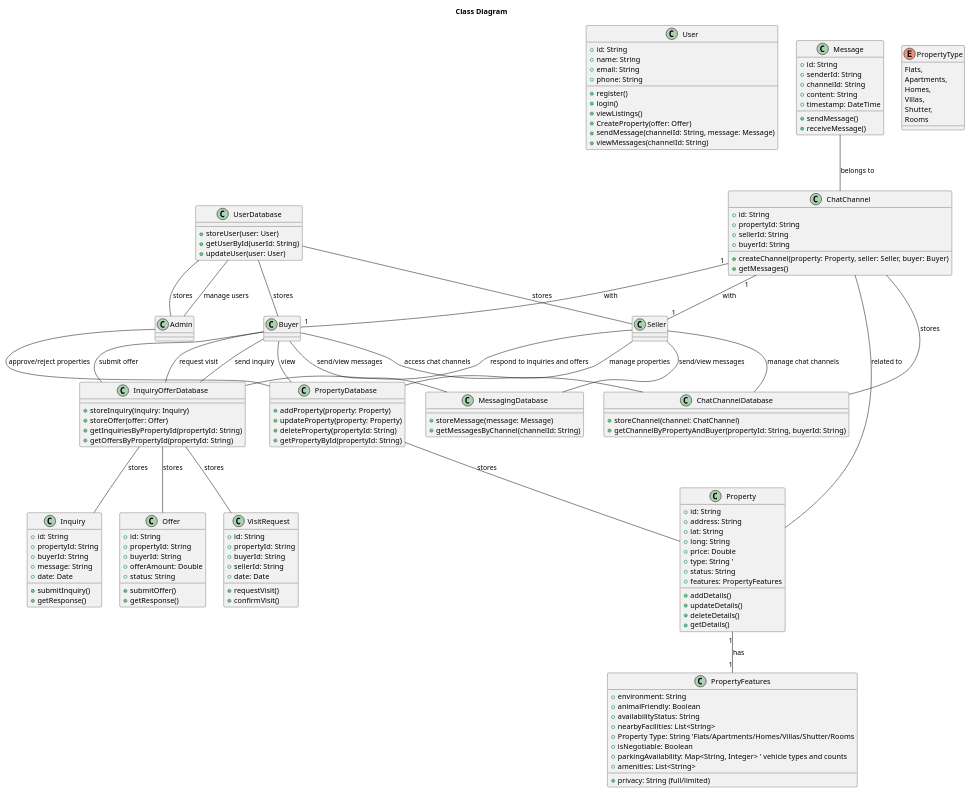
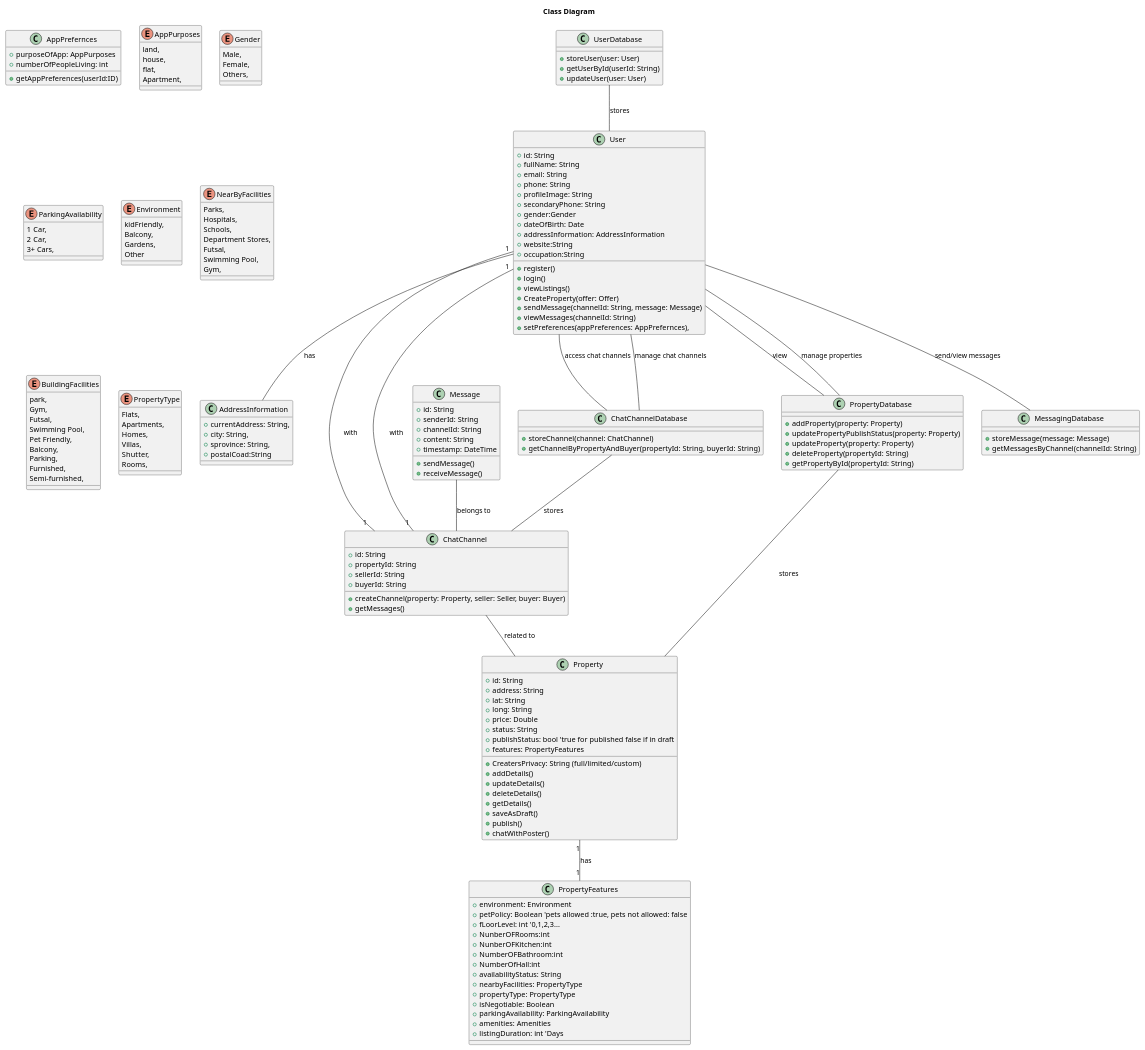
The diagram in Classs/ClassDiagram.puml (shankarkharel/Realestate-elaboration), drawn with PlantUML before and after one commit.

Commit message:
updated classes

```diff
--- a/Classs/ClassDiagram.puml
+++ b/Classs/ClassDiagram.puml
@@ -1,32 +1,55 @@
-@startuml RealEstateApplicationClassDiagram
+@startuml Classes
 
 title Class Diagram 
 
 ' Define the main classes
 class User {
     +id: String
-    +name: String
+    +fullName: String
     +email: String
     +phone: String
+    +profileImage: String
+    +secondaryPhone: String
+    +gender:Gender
+    +dateOfBirth: Date   
+    +addressInformation: AddressInformation
+    +website:String
+    +occupation:String
     +register()
     +login()
     +viewListings()
     +CreateProperty(offer: Offer)
     +sendMessage(channelId: String, message: Message)
     +viewMessages(channelId: String)
+    +setPreferences(appPreferences: AppPrefernces),
+}
+
+class AppPrefernces{
+    +purposeOfApp: AppPurposes
+    +numberOfPeopleLiving: int
+    +getAppPreferences(userId:ID)
+}
+
+enum AppPurposes{
+    land,
+    house,
+    flat,
+    Apartment,
+}
+class AddressInformation{
+    +currentAddress: String,
+    +city: String,
+    +sprovince: String,
+    +postalCoad:String
+}
+
+enum Gender{
+    Male,
+    Female,
+    Others,
 }
 
 
-
-' class Admin {
-'     +id: String
-'     +name: String
-'     +email: String
-'     +approveListing(propertyId: String)
-'     +rejectListing(propertyId: String)
-'     +manageUsers()
-'     +updateListingStatus(propertyId: String, status: String)
-' }
 
 class Property {
     +id: String
@@ -34,27 +57,74 @@
     +lat: String
     +long: String
     +price: Double
-    +type: String '
+    +CreatersPrivacy: String (full/limited/custom)
     ' +for: String (sell/rent)
     +status: String
+    +publishStatus: bool 'true for published false if in draft
     +features: PropertyFeatures
     +addDetails()
-    +updateDetails()
+    +updateDetails()  
     +deleteDetails()
     +getDetails()
+    +saveAsDraft()
+    +publish()
+    +chatWithPoster()
+    
 }
 
 class PropertyFeatures {
-    +environment: String
-    +animalFriendly: Boolean
-    +privacy: String (full/limited)
+    +environment: Environment
+    +petPolicy: Boolean 'pets allowed :true, pets not allowed: false
+    +fLoorLevel: int '0,1,2,3...
+     + NunberOFRooms:int
+     + NunberOFKitchen:int
+     +NumberOFBathroom:int 
+     +NumberOfHall:int 
     +availabilityStatus: String
-    +nearbyFacilities: List<String>
-    +Property Type: String 'Flats/Apartments/Homes/Villas/Shutter/Rooms
+    +nearbyFacilities: PropertyType
+    +propertyType: PropertyType
     +isNegotiable: Boolean
-    +parkingAvailability: Map<String, Integer> ' vehicle types and counts
-    +amenities: List<String>
+    +parkingAvailability: ParkingAvailability
+    +amenities: Amenities
+    +listingDuration: int 'Days
     
+}
+
+enum ParkingAvailability{
+    1 Car,
+    2 Car,
+    3+ Cars,
+}
+
+
+
+enum Environment{
+kidFriendly,
+Balcony,
+Gardens,
+Other
+}
+
+enum NearByFacilities{
+     Parks,
+    Hospitals,
+    Schools,
+    Department Stores,
+    Futsal,
+    Swimming Pool,
+    Gym,
+
+}
+enum BuildingFacilities{
+   park,
+    Gym,
+    Futsal,
+    Swimming Pool,
+    Pet Friendly,
+    Balcony,
+    Parking,
+    Furnished,
+    Semi-furnished,
 }
 
 enum PropertyType{
@@ -63,38 +133,9 @@
     Homes,
     Villas,
     Shutter,
-    Rooms
+    Rooms,
 }
 
-class Inquiry {
-    +id: String
-    +propertyId: String
-    +buyerId: String
-    +message: String
-    +date: Date
-    +submitInquiry()
-    +getResponse()
-}
-
-class Offer {
-    +id: String
-    +propertyId: String
-    +buyerId: String
-    +offerAmount: Double
-    +status: String
-    +submitOffer()
-    +getResponse()
-}
-
-class VisitRequest {
-    +id: String
-    +propertyId: String
-    +buyerId: String
-    +sellerId: String
-    +date: Date
-    +requestVisit()
-    +confirmVisit()
-}
 
 class ChatChannel {
     +id: String
@@ -118,6 +159,7 @@
 ' Define databases as classes
 class PropertyDatabase {
     +addProperty(property: Property)
+    +updatePropertyPublishStatus(property: Property)
     +updateProperty(property: Property)
     +deleteProperty(propertyId: String)
     +getPropertyById(propertyId: String)
@@ -129,12 +171,7 @@
     +updateUser(user: User)
 }
 
-class InquiryOfferDatabase {
-    +storeInquiry(inquiry: Inquiry)
-    +storeOffer(offer: Offer)
-    +getInquiriesByPropertyId(propertyId: String)
-    +getOffersByPropertyId(propertyId: String)
-}
+
 
 class MessagingDatabase {
     +storeMessage(message: Message)
@@ -147,35 +184,29 @@
 }
 
 ' Relationships
-Buyer -- PropertyDatabase : "view"
-Buyer -- InquiryOfferDatabase : "send inquiry"
-Buyer -- InquiryOfferDatabase : "submit offer"
-Buyer -- InquiryOfferDatabase : "request visit"
-Buyer -- ChatChannelDatabase : "access chat channels"
-Buyer -- MessagingDatabase : "send/view messages"
+User -- PropertyDatabase : "view"
+' User -- InquiryOfferDatabase : "send inquiry"
+' User -- InquiryOfferDatabase : "submit offer"
+' USer -- InquiryOfferDatabase : "request visit"
+User -- ChatChannelDatabase : "access chat channels"
+User -- AddressInformation : "has"
 
-Seller -- PropertyDatabase : "manage properties"
-Seller -- InquiryOfferDatabase : "respond to inquiries and offers"
-Seller -- ChatChannelDatabase : "manage chat channels"
-Seller -- MessagingDatabase : "send/view messages"
+User -- PropertyDatabase : "manage properties"
 
-Admin -- PropertyDatabase : "approve/reject properties"
-Admin -- UserDatabase : "manage users"
+User -- ChatChannelDatabase : "manage chat channels"
+User -- MessagingDatabase : "send/view messages"
+
+
 
 PropertyDatabase -- Property : "stores"
-UserDatabase -- Buyer : "stores"
-UserDatabase -- Seller : "stores"
-UserDatabase -- Admin : "stores"
+UserDatabase -- User : "stores"
 
-InquiryOfferDatabase -- Inquiry : "stores"
-InquiryOfferDatabase -- Offer : "stores"
-InquiryOfferDatabase -- VisitRequest : "stores"
 
 Property "1" -- "1" PropertyFeatures : "has"
 Message -- ChatChannel : "belongs to"
 ChatChannel -- Property : "related to"
 ChatChannelDatabase -- ChatChannel : "stores"
-ChatChannel "1" -- "1" Seller : "with"
-ChatChannel "1" -- "1" Buyer : "with"
+ChatChannel "1" -- "1" User : "with"
+ChatChannel "1" -- "1" User : "with"
 
 @enduml
```
